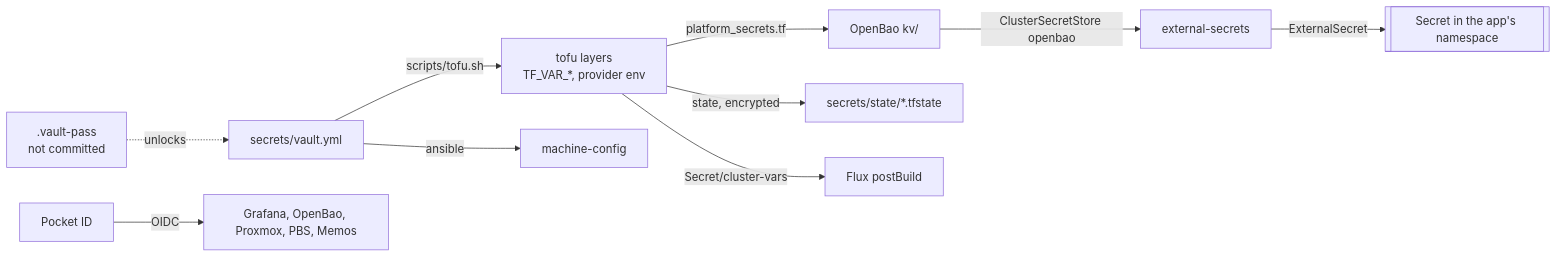
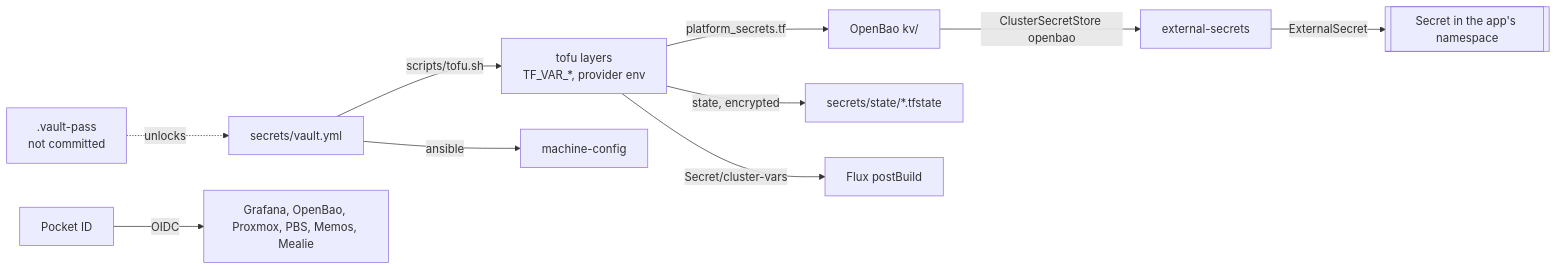
One commit to Sojamann/homelab changed the diagram in docs/src/access.md. Above: the diagram before and after it, drawn with Mermaid. The commit also changed other lines of this file and 14 other files, not shown here.

Commit message:
apps: mealie recipes, Pocket ID SSO, no standing break-glass

````diff
--- a/docs/src/access.md
+++ b/docs/src/access.md
@@ -13,12 +13,12 @@
 ```mermaid
 graph LR
   VP[".vault-pass<br/>not committed"] -.->|unlocks| V["secrets/vault.yml"]
   V -->|scripts/tofu.sh| L["tofu layers<br/>TF_VAR_*, provider env"]
   V -->|ansible| MC["machine-config"]
   L -->|platform_secrets.tf| BAO["OpenBao kv/"]
   L -->|state, encrypted| ST["secrets/state/*.tfstate"]
   L -->|Secret/cluster-vars| FLUX["Flux postBuild"]
   BAO -->|ClusterSecretStore openbao| ESO["external-secrets"]
   ESO -->|ExternalSecret| S[["Secret in the app's namespace"]]
-  PID["Pocket ID"] -->|OIDC| PEOPLE["Grafana, OpenBao, Proxmox, PBS, Memos"]
+  PID["Pocket ID"] -->|OIDC| PEOPLE["Grafana, OpenBao, Proxmox, PBS, Memos, Mealie"]
 ```
````
